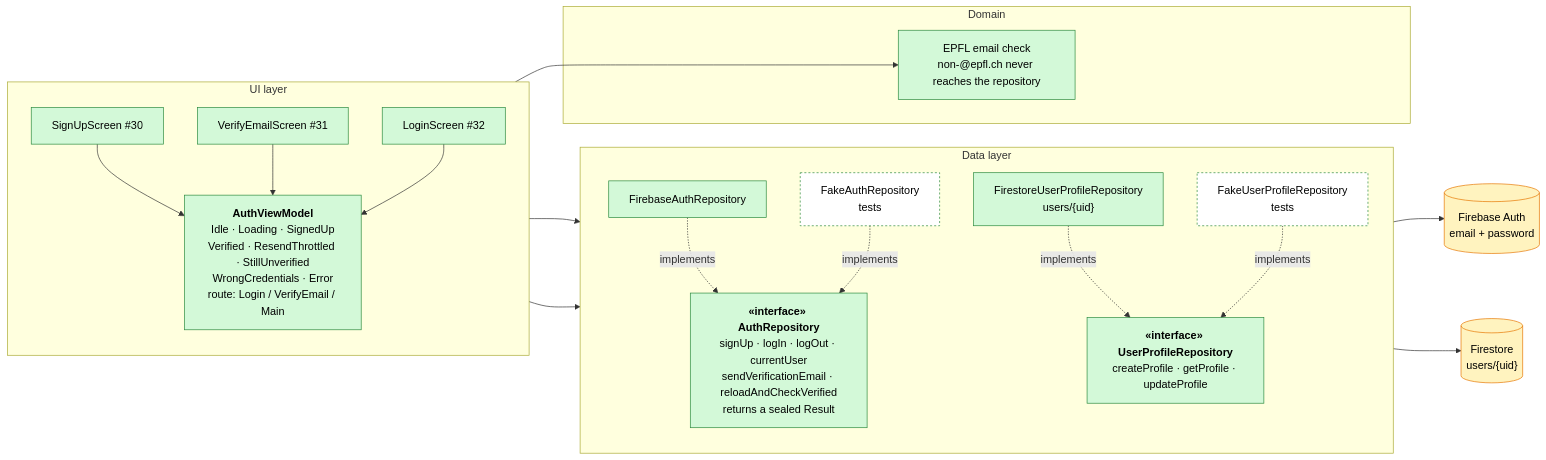
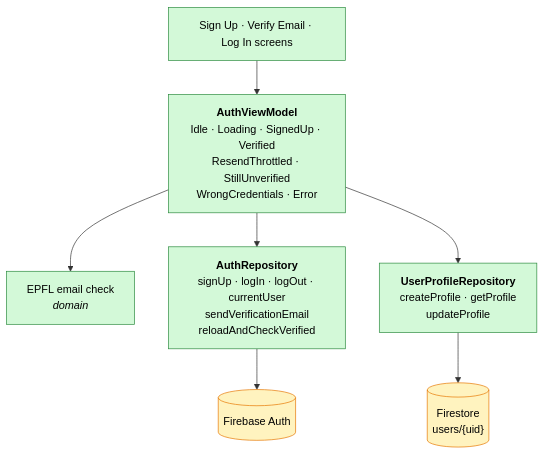
One commit to swent-polysocial/PolySocial changed the third of 11 diagrams in docs/Architecture-Diagram.md. Above: the diagram before and after it, drawn with Mermaid. The commit also changed other lines of this file and 2 other files, not shown here.

````diff
--- a/docs/Architecture-Diagram.md
+++ b/docs/Architecture-Diagram.md
@@ -125,44 +106,20 @@
 ```mermaid
-flowchart LR
+flowchart TB
   classDef s1 fill:#d3f9d8,stroke:#2b8a3e,color:#000
   classDef ext fill:#fff3bf,stroke:#e67700,color:#000
-  classDef fake fill:#ffffff,stroke:#2b8a3e,color:#000,stroke-dasharray:3 3
 
-  subgraph UI["UI layer"]
-    direction TB
-    sSign["SignUpScreen #30"]:::s1
-    sVer["VerifyEmailScreen #31"]:::s1
-    sLog["LoginScreen #32"]:::s1
-    vm["<b>AuthViewModel</b><br/>Idle · Loading · SignedUp<br/>Verified · ResendThrottled · StillUnverified<br/>WrongCredentials · Error<br/>route: Login / VerifyEmail / Main"]:::s1
-    sSign --> vm
-    sVer --> vm
-    sLog --> vm
-  end
+  screens["Sign Up · Verify Email · Log In screens"]:::s1
+  vm["<b>AuthViewModel</b><br/>Idle · Loading · SignedUp · Verified<br/>ResendThrottled · StillUnverified<br/>WrongCredentials · Error"]:::s1
+  val["EPFL email check<br/><i>domain</i>"]:::s1
+  auth["<b>AuthRepository</b><br/>signUp · logIn · logOut · currentUser<br/>sendVerificationEmail<br/>reloadAndCheckVerified"]:::s1
+  prof["<b>UserProfileRepository</b><br/>createProfile · getProfile<br/>updateProfile"]:::s1
+  fa[("Firebase Auth")]:::ext
+  fs[("Firestore<br/>users/{uid}")]:::ext
 
-  subgraph DOM["Domain"]
-    val["EPFL email check<br/>non-@epfl.ch never reaches the repository"]:::s1
-  end
-
-  subgraph DATA["Data layer"]
-    direction TB
-    iAuth["<b>«interface» AuthRepository</b><br/>signUp · logIn · logOut · currentUser<br/>sendVerificationEmail · reloadAndCheckVerified<br/>returns a sealed Result"]:::s1
-    fbAuth["FirebaseAuthRepository"]:::s1
-    fkAuth["FakeAuthRepository<br/>tests"]:::fake
-    iProf["<b>«interface» UserProfileRepository</b><br/>createProfile · getProfile · updateProfile"]:::s1
-    fsProf["FirestoreUserProfileRepository<br/>users/{uid}"]:::s1
-    fkProf["FakeUserProfileRepository<br/>tests"]:::fake
-    fbAuth -. implements .-> iAuth
-    fkAuth -. implements .-> iAuth
-    fsProf -. implements .-> iProf
-    fkProf -. implements .-> iProf
-  end
-
-  xAuth[("Firebase Auth<br/>email + password")]:::ext
-  xFs[("Firestore<br/>users/{uid}")]:::ext
-
+  screens --> vm
   vm --> val
-  vm --> iAuth
-  vm --> iProf
-  fbAuth --> xAuth
-  fsProf --> xFs
+  vm --> auth
+  vm --> prof
+  auth --> fa
+  prof --> fs
 ```
````
